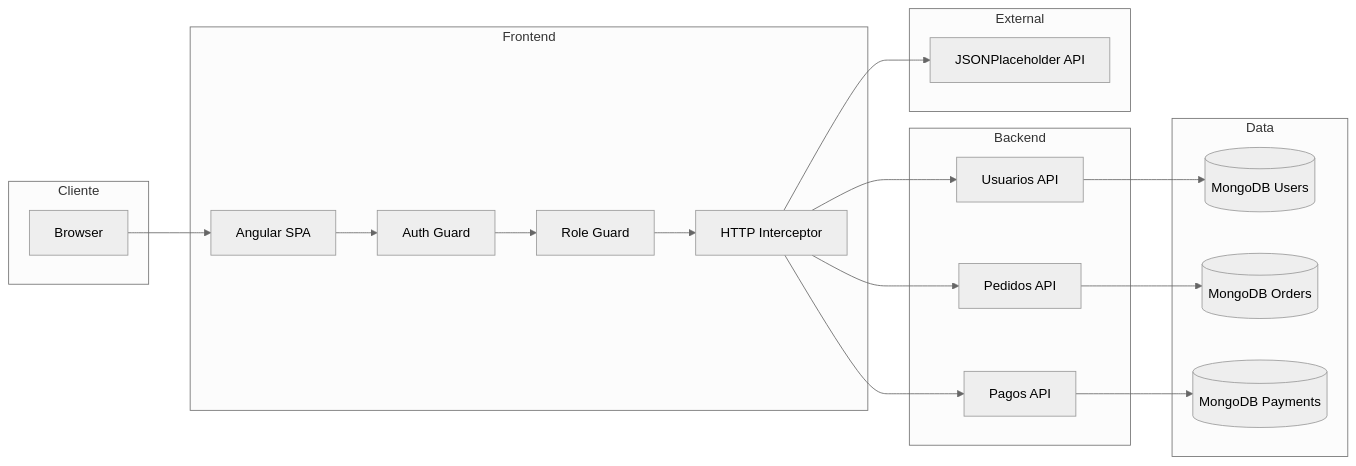
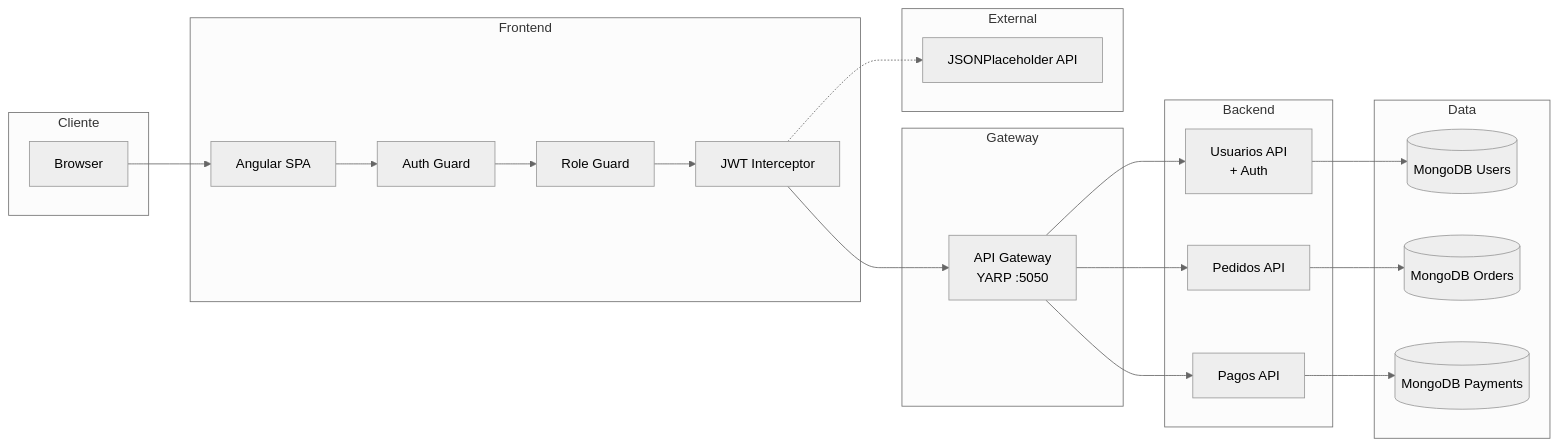
One commit to Chocopro713/MVP_Empresa_ABC changed the first of 2 diagrams in arquitectura/DECISIONS.md. Above: the diagram before and after it, drawn with Mermaid (neutral theme). The commit also changed other lines of this file and 50 other files, not shown here.

````diff
--- a/arquitectura/DECISIONS.md
+++ b/arquitectura/DECISIONS.md
@@ -345,41 +431,46 @@
 ```mermaid
 graph LR
     subgraph Cliente
         A[Browser]
     end
     
     subgraph Frontend
         B[Angular SPA]
         B1[Auth Guard]
         B2[Role Guard]
-        B3[HTTP Interceptor]
+        B3[JWT Interceptor]
+    end
+    
+    subgraph Gateway
+        GW[API Gateway<br/>YARP :5050]
     end
     
     subgraph Backend
-        C[Usuarios API]
+        C[Usuarios API<br/>+ Auth]
         D[Pedidos API]
         E[Pagos API]
     end
     
     subgraph External
         F[JSONPlaceholder API]
     end
     
     subgraph Data
         G[(MongoDB Users)]
         H[(MongoDB Orders)]
         I[(MongoDB Payments)]
     end
     
     A --> B
     B --> B1
     B1 --> B2
     B2 --> B3
-    B3 --> C
-    B3 --> D
-    B3 --> E
-    B3 --> F
+    B3 --> GW
+    GW --> C
+    GW --> D
+    GW --> E
+    B3 -.-> F
     C --> G
     D --> H
     E --> I
 ```
````
